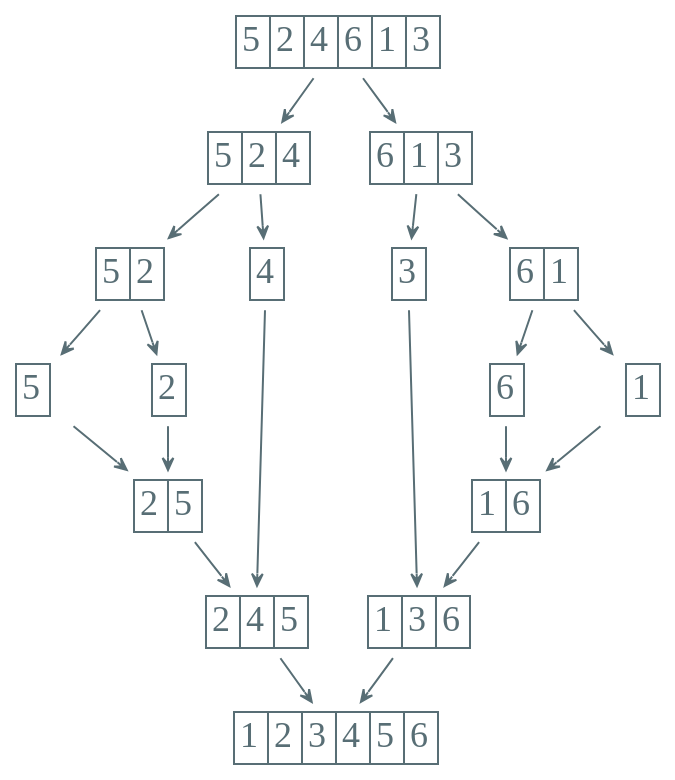
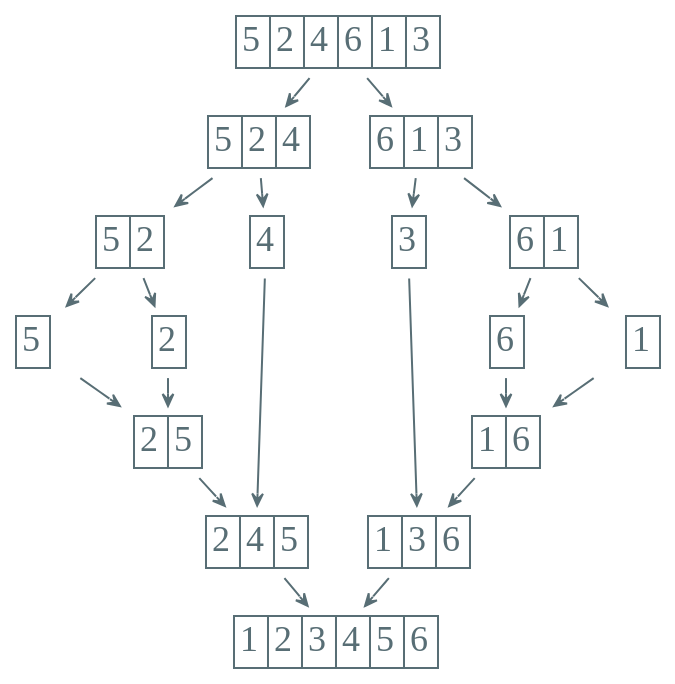
Before and after one commit to Avanti1980/course-alg: the diagram in dot/sorting/merge-sort.dot, drawn with Graphviz. The commit also changed 14 other files, not shown here.

```diff
--- a/dot/sorting/merge-sort.dot
+++ b/dot/sorting/merge-sort.dot
@@ -1,104 +1,104 @@
 digraph g {
     bgcolor="transparent";
-    graph [nodesep=0.2, ranksep=0.3];
+    graph [nodesep=0.2, ranksep=0.2];
     rankdir="TB";
     node [shape="none", color="#586e75", fontcolor="#586e75", fontsize=18, fontname="YsabeauText, FZFWZhuZiGuDianSLMC"];
     edge [arrowhead="vee", color="#586e75", fontcolor="#268bd2", fontsize=16, fontname="YsabeauText, FZFWZhuZiGuDianSLMC", arrowsize=0.6];
     n1 [label=<<table width="3" cellspacing="0" border="0"><tr>
        <td border="1">5</td>
        <td border="1">2</td>
        <td border="1">4</td>
        <td border="1">6</td>
        <td border="1">1</td>
        <td border="1">3</td>
        </tr></table>>];
     n2 [label=<<table cellspacing="0" border="0"><tr>
        <td border="1">5</td>
        <td border="1">2</td>
        <td border="1">4</td>
        </tr></table>>];
     n3 [label=<<table cellspacing="0" border="0"><tr>
        <td border="1">6</td>
        <td border="1">1</td>
        <td border="1">3</td>
        </tr></table>>];
     n1 -> n2;
     n1 -> n3;
     n4 [label=<<table cellspacing="0" border="0"><tr>
        <td border="1">5</td>
        <td border="1">2</td>
        </tr></table>>];
     n5 [label=<<table cellspacing="0" border="0"><tr>
        <td border="1">4</td>
        </tr></table>>];
     n2 -> n4;
     n2 -> n5;
     n7 [label=<<table cellspacing="0" border="0"><tr>
        <td border="1">3</td>
        </tr></table>>];
     n6 [label=<<table cellspacing="0" border="0"><tr>
        <td border="1">6</td>
        <td border="1">1</td>
        </tr></table>>];
     n3 -> n6;
     n3 -> n7;
     {
         rank="same";
         n4;
         n5;
         n6;
         n7;
     }
     n8 [label=<<table cellspacing="0" border="0"><tr>
        <td border="1">5</td>
        </tr></table>>];
     n9 [label=<<table cellspacing="0" border="0"><tr>
        <td border="1">2</td>
        </tr></table>>];
     n4 -> n8;
     n4 -> n9;
     n10 [label=<<table cellspacing="0" border="0"><tr>
        <td border="1">6</td>
        </tr></table>>];
     n11 [label=<<table cellspacing="0" border="0"><tr>
        <td border="1">1</td>
        </tr></table>>];
     n6 -> n10;
     n6 -> n11;
     n12 [label=<<table cellspacing="0" border="0"><tr>
        <td border="1">2</td>
        <td border="1">5</td>
        </tr></table>>];
     n8 -> n12;
     n9 -> n12;
     n13 [label=<<table cellspacing="0" border="0"><tr>
        <td border="1">1</td>
        <td border="1">6</td>
        </tr></table>>];
     n10 -> n13;
     n11 -> n13;
     n14 [label=<<table cellspacing="0" border="0"><tr>
        <td border="1">2</td>
        <td border="1">4</td>
        <td border="1">5</td>
        </tr></table>>];
     n5 -> n14;
     n12 -> n14;
     n15 [label=<<table cellspacing="0" border="0"><tr>
        <td border="1">1</td>
        <td border="1">3</td>
        <td border="1">6</td>
        </tr></table>>];
     n7 -> n15;
     n13 -> n15;
     n16 [label=<<table cellspacing="0" border="0"><tr>
        <td border="1">1</td>
        <td border="1">2</td>
        <td border="1">3</td>
        <td border="1">4</td>
        <td border="1">5</td>
        <td border="1">6</td>
        </tr></table>>];
     n14 -> n16;
     n15 -> n16;
 }
```
